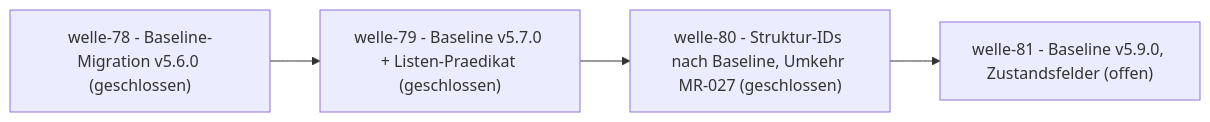
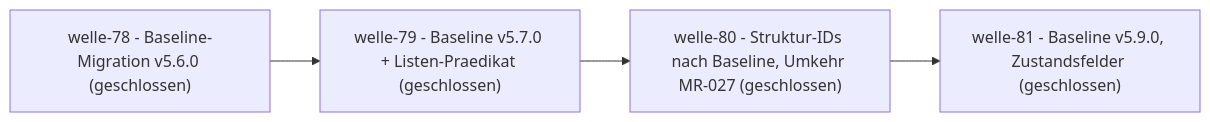
Before and after one commit to pt9912/d-check: the diagram in docs/plan/planning/in-progress/roadmap.md, drawn with Mermaid. The commit also changed other lines of this file and 6 other files, not shown here.

````diff
--- a/docs/plan/planning/in-progress/roadmap.md
+++ b/docs/plan/planning/in-progress/roadmap.md
@@ -72,10 +70,10 @@
 ```mermaid
 flowchart LR
     W78["welle-78 - Baseline-Migration v5.6.0 (geschlossen)"]
     W79["welle-79 - Baseline v5.7.0 + Listen-Praedikat (geschlossen)"]
     W78 --> W79
     W80["welle-80 - Struktur-IDs nach Baseline, Umkehr MR-027 (geschlossen)"]
     W79 --> W80
-    W81["welle-81 - Baseline v5.9.0, Zustandsfelder (offen)"]
+    W81["welle-81 - Baseline v5.9.0, Zustandsfelder (geschlossen)"]
     W80 --> W81
 ```
````
